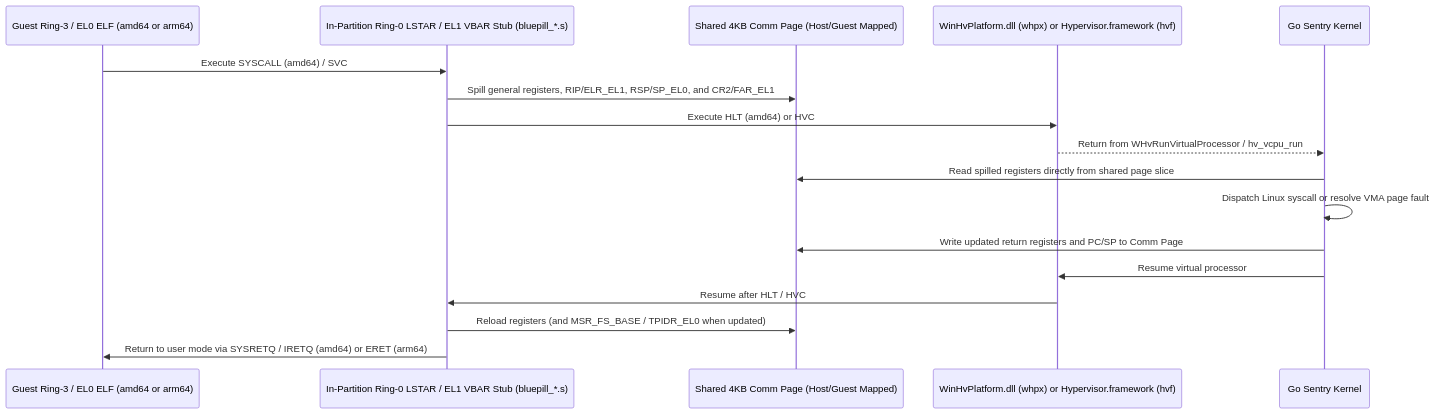
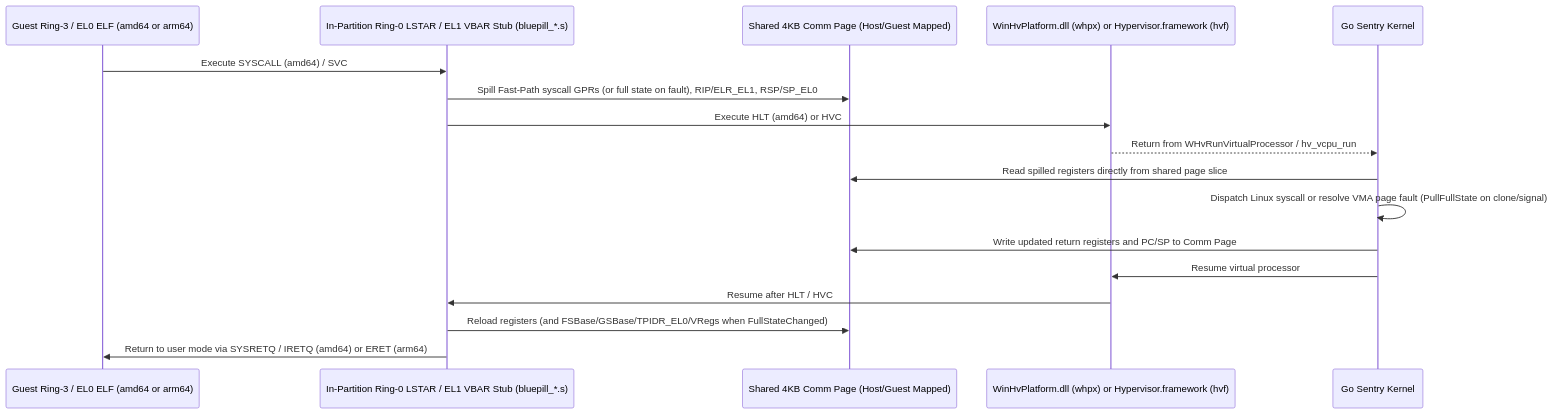
The third of 7 diagrams in docs/architecture.md (antegral/containerd-shim-gvx), drawn with Mermaid before and after one commit. The commit also changed other lines of this file and 3 other files, not shown here.

````diff
--- a/docs/architecture.md
+++ b/docs/architecture.md
@@ -230,20 +244,20 @@
 ```mermaid
 sequenceDiagram
     participant Guest as Guest Ring-3 / EL0 ELF (amd64 or arm64)
     participant Stub as In-Partition Ring-0 LSTAR / EL1 VBAR Stub (bluepill_*.s)
     participant Comm as Shared 4KB Comm Page (Host/Guest Mapped)
     participant HV as WinHvPlatform.dll (whpx) or Hypervisor.framework (hvf)
     participant Sentry as Go Sentry Kernel
 
     Guest->>Stub: Execute SYSCALL (amd64) / SVC #0 (arm64) or trigger Page Fault
-    Stub->>Comm: Spill general registers, RIP/ELR_EL1, RSP/SP_EL0, and CR2/FAR_EL1
+    Stub->>Comm: Spill Fast-Path syscall GPRs (or full state on fault), RIP/ELR_EL1, RSP/SP_EL0
     Stub->>HV: Execute HLT (amd64) or HVC #0 (arm64)
     HV-->>Sentry: Return from WHvRunVirtualProcessor / hv_vcpu_run
     Sentry->>Comm: Read spilled registers directly from shared page slice
-    Sentry->>Sentry: Dispatch Linux syscall or resolve VMA page fault
+    Sentry->>Sentry: Dispatch Linux syscall or resolve VMA page fault (PullFullState on clone/signal)
     Sentry->>Comm: Write updated return registers and PC/SP to Comm Page
     Sentry->>HV: Resume virtual processor
     HV->>Stub: Resume after HLT / HVC #0
-    Stub->>Comm: Reload registers (and MSR_FS_BASE / TPIDR_EL0 when updated)
+    Stub->>Comm: Reload registers (and FSBase/GSBase/TPIDR_EL0/VRegs when FullStateChanged)
     Stub->>Guest: Return to user mode via SYSRETQ / IRETQ (amd64) or ERET (arm64)
 ```
````
